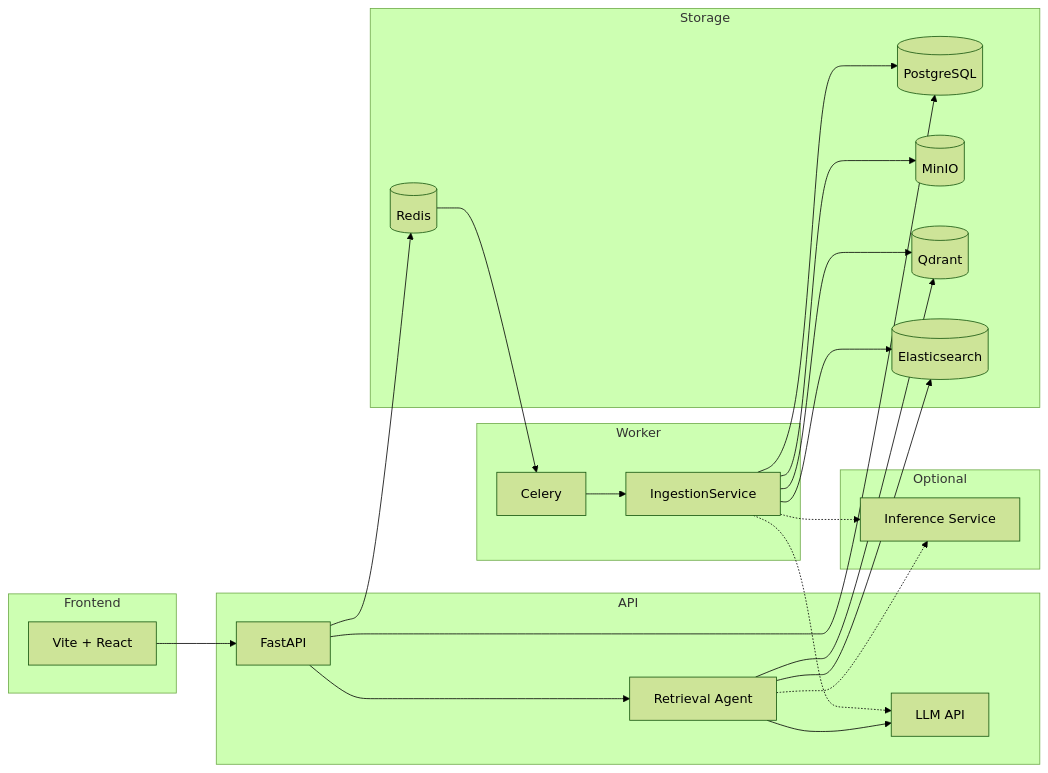
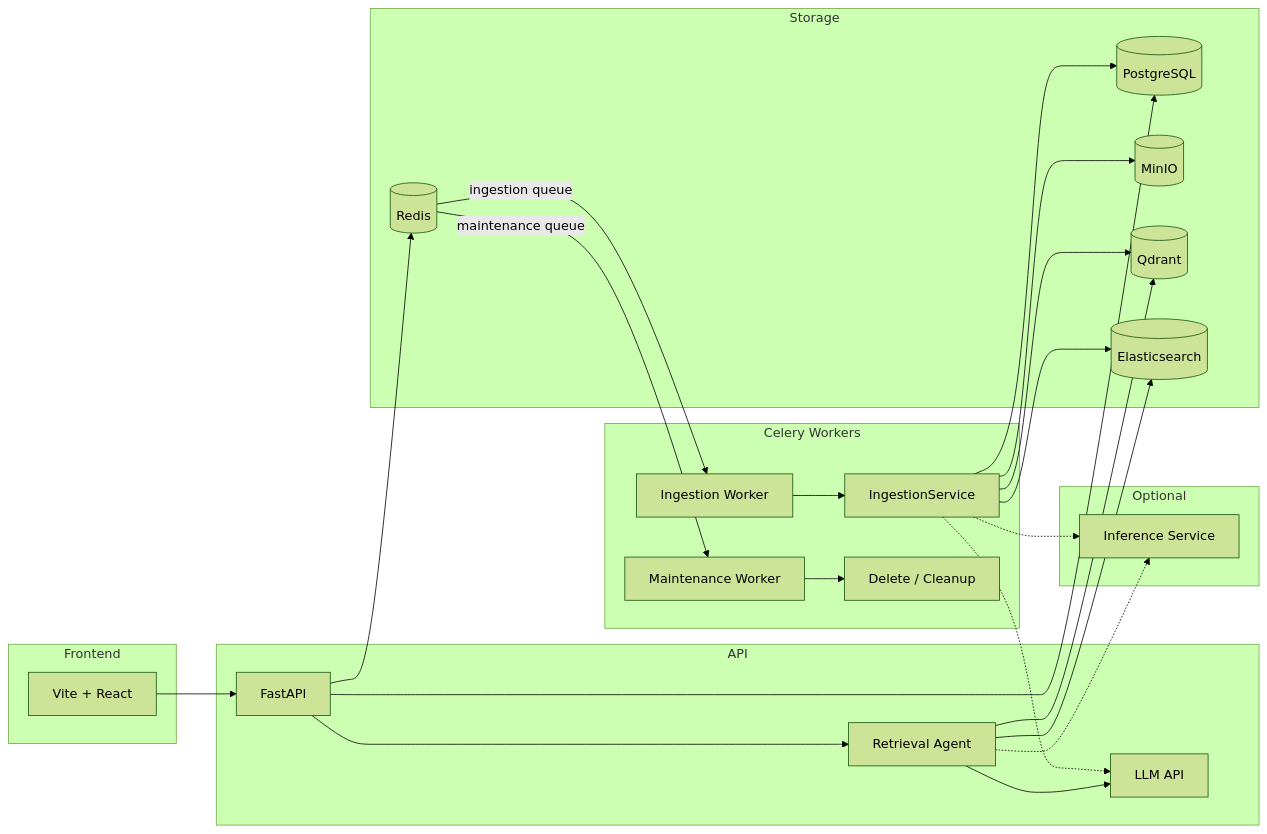
The first of 2 diagrams in README.md (zJustHow/AllDocs), drawn with Mermaid (forest theme) before and after one commit. The commit also changed other lines of this file and 37 other files, not shown here.

````diff
--- a/README.md
+++ b/README.md
@@ -20,41 +20,45 @@
 ```mermaid
 flowchart LR
     subgraph client [Frontend]
         UI[Vite + React]
     end
     subgraph api [API]
         FastAPI[FastAPI]
         Agent[Retrieval Agent]
         LLM[LLM API]
     end
-    subgraph worker [Worker]
-        Celery[Celery]
+    subgraph worker [Celery Workers]
+        IngestionWorker[Ingestion Worker]
+        MaintenanceWorker[Maintenance Worker]
         Ingest[IngestionService]
+        Delete[Delete / Cleanup]
     end
     subgraph stores [Storage]
         PG[(PostgreSQL)]
         MinIO[(MinIO)]
         Qdrant[(Qdrant)]
         ES[(Elasticsearch)]
         Redis[(Redis)]
     end
     subgraph optional [Optional]
         Inference[Inference Service]
     end
     UI --> FastAPI
     FastAPI --> Agent
     FastAPI --> PG
     Agent --> Qdrant
     Agent --> ES
     Agent --> LLM
     FastAPI --> Redis
-    Redis --> Celery
-    Celery --> Ingest
+    Redis -->|ingestion queue| IngestionWorker
+    Redis -->|maintenance queue| MaintenanceWorker
+    IngestionWorker --> Ingest
+    MaintenanceWorker --> Delete
     Ingest --> PG
     Ingest --> MinIO
     Ingest --> Qdrant
     Ingest --> ES
     Agent -.-> Inference
     Ingest -.-> Inference
     Ingest -.-> LLM
 ```
````
